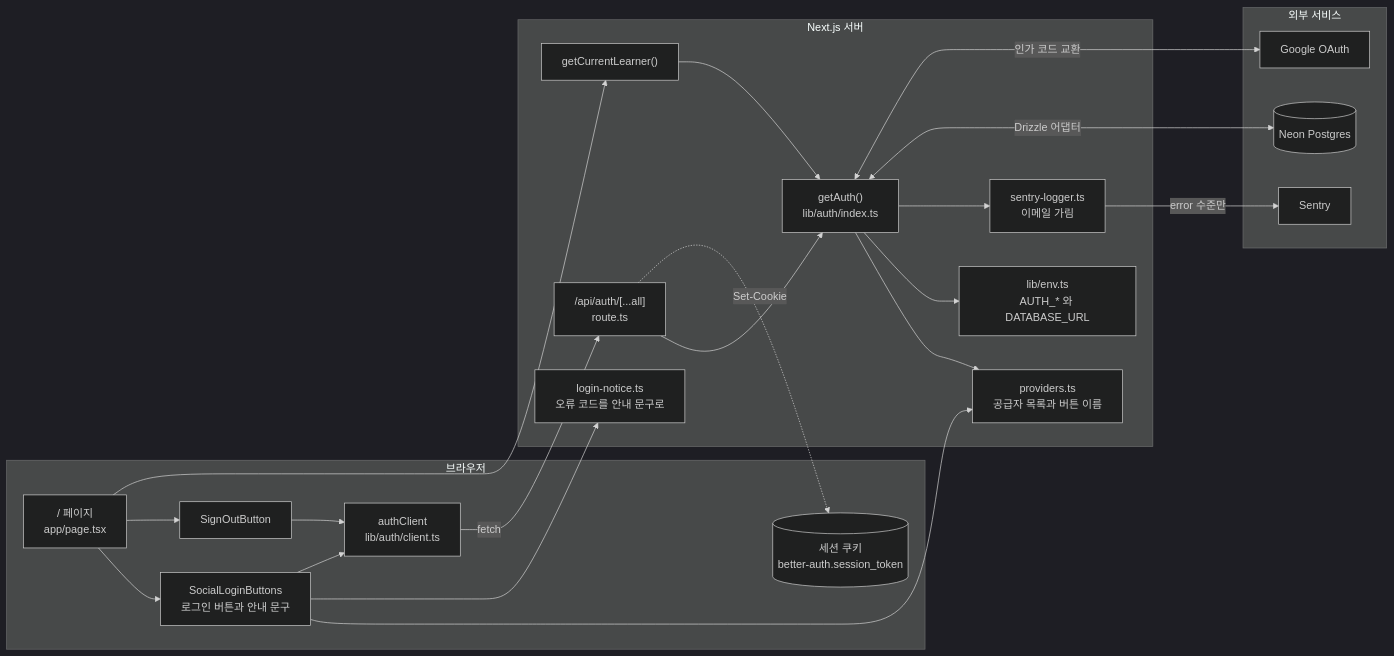
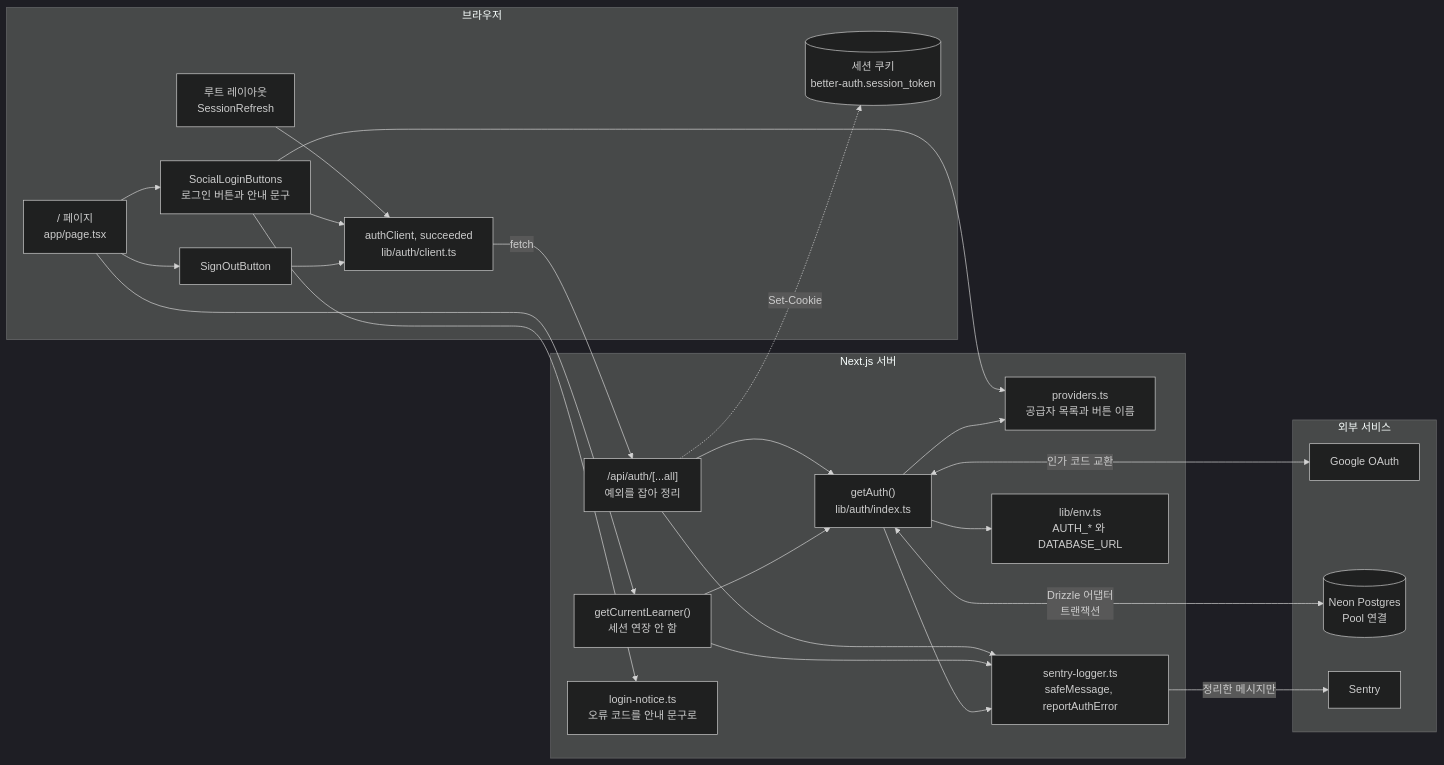
Before and after one commit to hm1n/silo-4th: the first of 6 diagrams in _docs/output/2026-11-02-social-login-design.md, drawn with Mermaid (dark theme). The commit also changed other lines of this file and 4 other files, not shown here.

````diff
--- a/_docs/output/2026-11-02-social-login-design.md
+++ b/_docs/output/2026-11-02-social-login-design.md
@@ -15,44 +25,48 @@
 ```mermaid
 flowchart LR
   subgraph Browser["브라우저"]
+    Layout["루트 레이아웃<br/>SessionRefresh"]
     Page["/ 페이지<br/>app/page.tsx"]
     Buttons["SocialLoginButtons<br/>로그인 버튼과 안내 문구"]
     SignOut["SignOutButton"]
-    Client["authClient<br/>lib/auth/client.ts"]
+    Client["authClient, succeeded<br/>lib/auth/client.ts"]
     Cookie[("세션 쿠키<br/>better-auth.session_token")]
   end
 
   subgraph Server["Next.js 서버"]
-    Route["/api/auth/[...all]<br/>route.ts"]
+    Route["/api/auth/[...all]<br/>예외를 잡아 정리"]
     Auth["getAuth()<br/>lib/auth/index.ts"]
-    Current["getCurrentLearner()"]
+    Current["getCurrentLearner()<br/>세션 연장 안 함"]
     Providers["providers.ts<br/>공급자 목록과 버튼 이름"]
     Notice["login-notice.ts<br/>오류 코드를 안내 문구로"]
-    Logger["sentry-logger.ts<br/>이메일 가림"]
+    Logger["sentry-logger.ts<br/>safeMessage, reportAuthError"]
     Env["lib/env.ts<br/>AUTH_* 와 DATABASE_URL"]
   end
 
   subgraph External["외부 서비스"]
     Google["Google OAuth"]
-    DB[("Neon Postgres")]
+    DB[("Neon Postgres<br/>Pool 연결")]
     Sentry["Sentry"]
   end
 
+  Layout --> Client
   Page --> Buttons
   Page --> SignOut
   Page --> Current
   Buttons --> Providers
   Buttons --> Notice
   Buttons --> Client
   SignOut --> Client
   Client -->|"fetch"| Route
   Route --> Auth
+  Route --> Logger
   Current --> Auth
+  Current --> Logger
   Auth --> Providers
   Auth --> Env
   Auth --> Logger
-  Auth <-->|"Drizzle 어댑터"| DB
+  Auth <-->|"Drizzle 어댑터<br/>트랜잭션"| DB
   Auth <-->|"인가 코드 교환"| Google
-  Logger -->|"error 수준만"| Sentry
+  Logger -->|"정리한 메시지만"| Sentry
   Route -.->|"Set-Cookie"| Cookie
 ```
````
